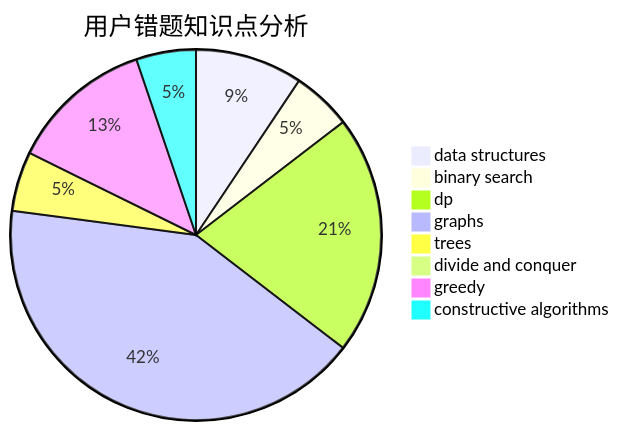
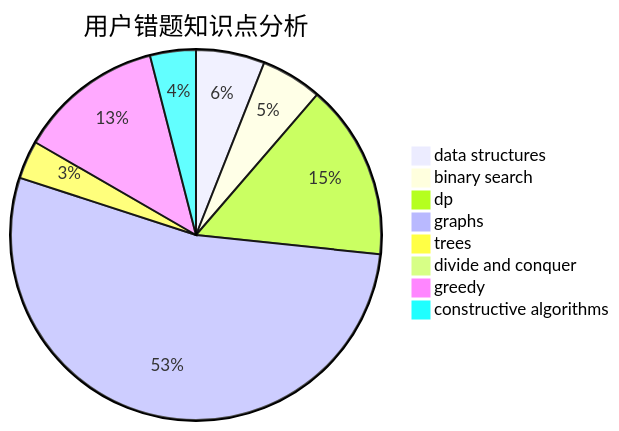
One commit to sherpahu/cfrs.github.io changed the third of 3 diagrams in docs/user/u849.md. Above: the diagram before and after it, drawn with Mermaid. The commit also changed other lines of this file and 2770 other files, not shown here.

````diff
--- a/docs/user/u849.md
+++ b/docs/user/u849.md
@@ -36,11 +36,11 @@
 ```mermaid
 pie title 用户错题知识点分析
     "data structures" :  9
-    "binary search" :  5
-    "dp" :  20
-    "graphs" :  40
+    "binary search" :  8
+    "dp" :  23
+    "graphs" :  80
     "trees" :  5
     "divide and conquer" :  0
-    "greedy" :  12
-    "constructive algorithms" :  5
+    "greedy" :  19
+    "constructive algorithms" :  6
 ```
````
